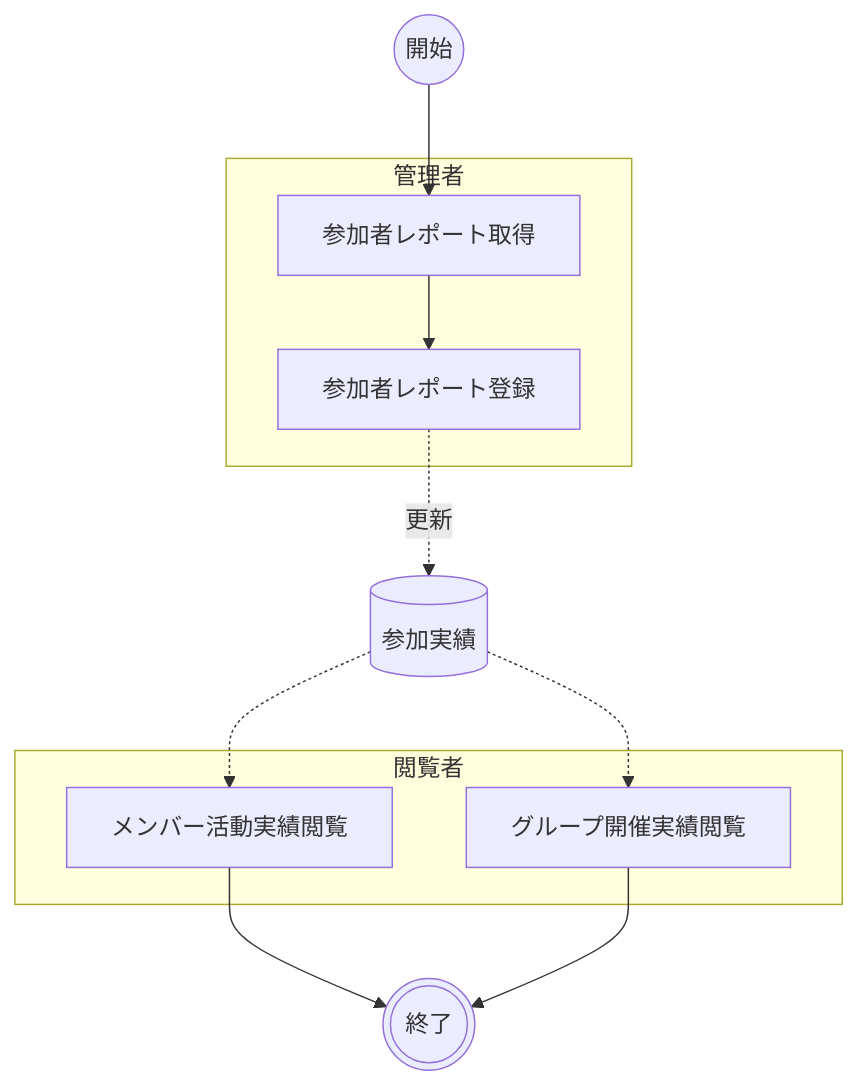
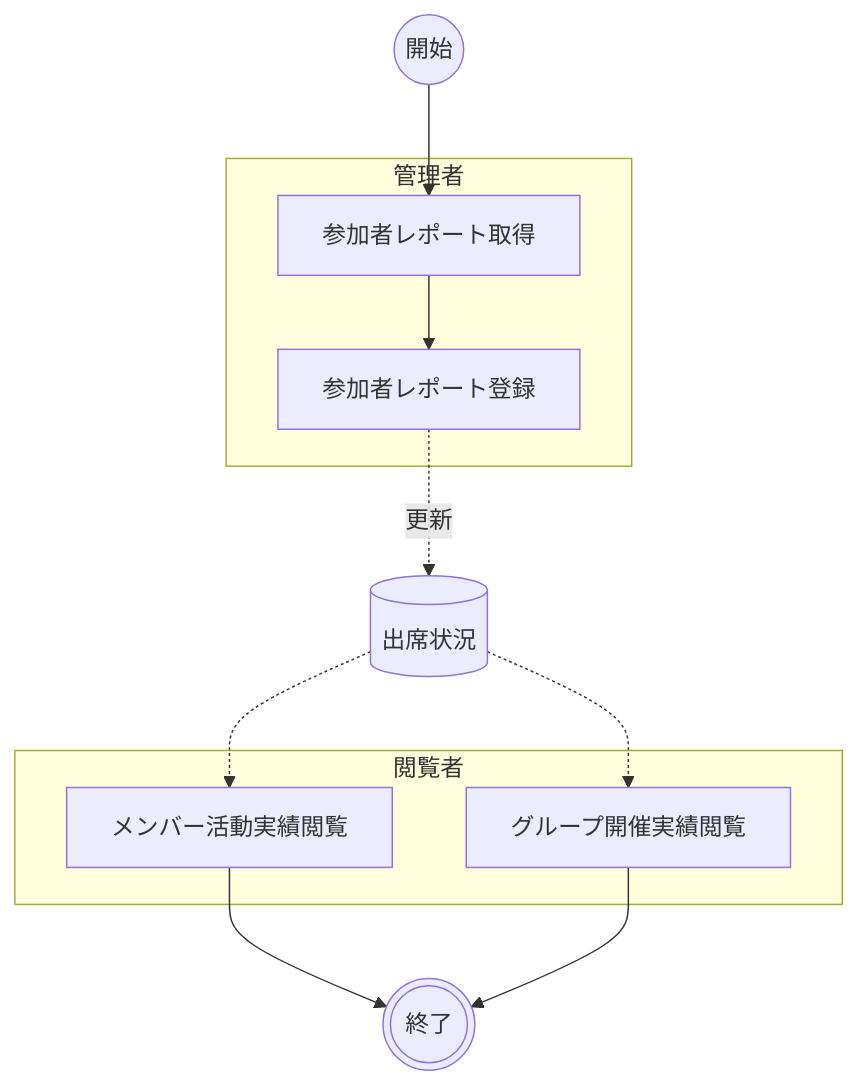
One commit to nuitsjp/teams-board changed the diagram in docs/01.参加状況管理業務/参加状況管理業務.md. Above: the diagram before and after it, drawn with Mermaid. The commit also changed other lines of this file and 1 other file, not shown here.

````diff
--- a/docs/01.参加状況管理業務/参加状況管理業務.md
+++ b/docs/01.参加状況管理業務/参加状況管理業務.md
@@ -14,25 +14,25 @@
 ```mermaid
 flowchart TD
     開始@{ shape: circle, label: "開始" }
     終了(((終了)))
 
     subgraph 管理者
         A01[参加者レポート取得]
         A02[参加者レポート登録]
     end
 
-    DB[(参加実績)]
+    DB[(出席状況)]
 
     subgraph 閲覧者
         A03[メンバー活動実績閲覧]
         A04[グループ開催実績閲覧]
     end
 
     開始 --> A01
     A01 --> A02
     A02 -.更新.-> DB
     DB -.-> A03
     DB -.-> A04
     A03 --> 終了
     A04 --> 終了
 ```
````
